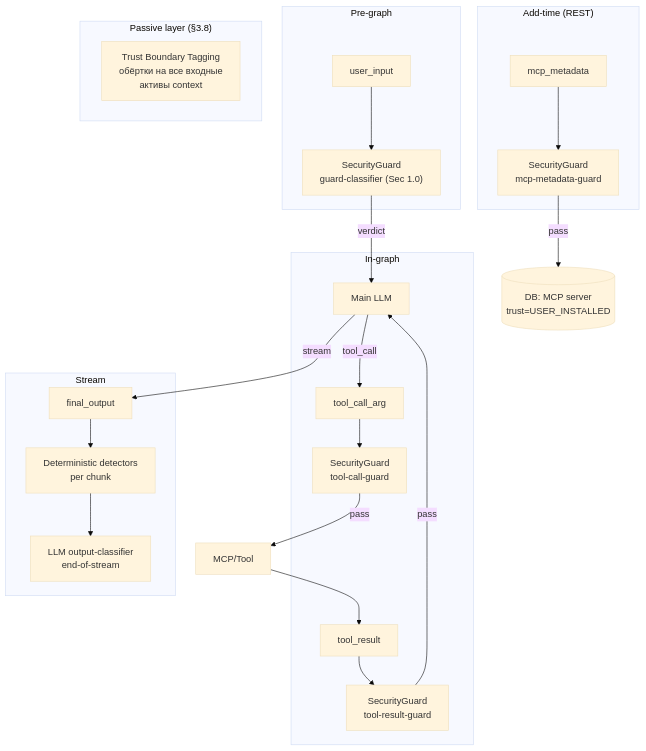
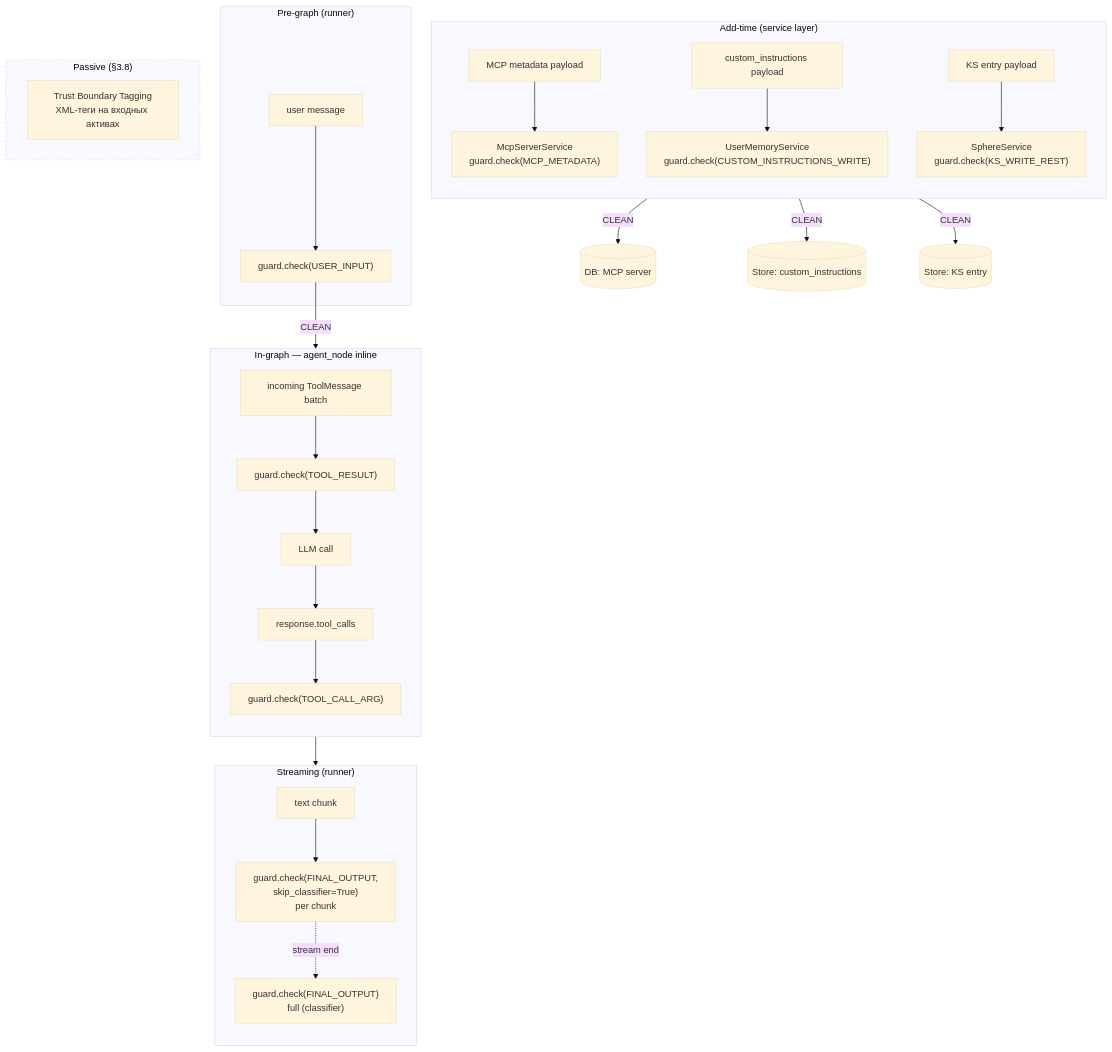
One commit to Bbar0n234/learnflow-ai changed the first of 5 diagrams in doc/tasks/iterations/post-mvp/feat-006-security-2.0/design-brief.md. Above: the diagram before and after it, drawn with Mermaid (base theme). The commit also changed other lines of this file and 2 other files, not shown here.

First line of the commit message:
docs(feat-006): Prompt Texts в design-brief + test-cases Security 2.0

````diff
--- a/doc/tasks/iterations/post-mvp/feat-006-security-2.0/design-brief.md
+++ b/doc/tasks/iterations/post-mvp/feat-006-security-2.0/design-brief.md
@@ -270,33 +300,39 @@
 ```mermaid
 graph TB
-    subgraph ADD["Add-time (REST)"]
-        MCPA[mcp_metadata] --> G0["SecurityGuard<br/>mcp-metadata-guard"]
+    subgraph ADD["Add-time (service layer)"]
+        direction TB
+        MCPA[MCP metadata payload] --> SVC1["McpServerService<br/>guard.check(MCP_METADATA)"]
+        CIA[custom_instructions payload] --> SVC2["UserMemoryService<br/>guard.check(CUSTOM_INSTRUCTIONS_WRITE)"]
+        KSA[KS entry payload] --> SVC3["SphereService<br/>guard.check(KS_WRITE_REST)"]
     end
 
-    subgraph PRE["Pre-graph"]
-        UI[user_input] --> G1["SecurityGuard<br/>guard-classifier (Sec 1.0)"]
+    subgraph PRE["Pre-graph (runner)"]
+        UI[user message] --> G1["guard.check(USER_INPUT)"]
     end
 
-    subgraph IN["In-graph"]
-        LLM["Main LLM"]
-        TC[tool_call_arg] --> G2["SecurityGuard<br/>tool-call-guard"]
-        TR[tool_result] --> G3["SecurityGuard<br/>tool-result-guard"]
+    subgraph IN["In-graph — agent_node inline"]
+        direction TB
+        TRIN[incoming ToolMessage batch] --> G2["guard.check(TOOL_RESULT)"]
+        G2 --> LLM[LLM call]
+        LLM --> TCOUT[response.tool_calls]
+        TCOUT --> G3["guard.check(TOOL_CALL_ARG)"]
     end
 
-    subgraph POST["Stream"]
-        FO[final_output] --> G4["Deterministic detectors<br/>per chunk"]
-        G4 --> G5["LLM output-classifier<br/>end-of-stream"]
+    subgraph STREAM["Streaming (runner)"]
+        direction TB
+        FO[text chunk] --> G4["guard.check(FINAL_OUTPUT,<br/>skip_classifier=True)<br/>per chunk"]
+        G4 -.->|stream end| G5["guard.check(FINAL_OUTPUT)<br/>full (classifier)"]
     end
 
-    subgraph PASSIVE["Passive layer (§3.8)"]
-        TBT["Trust Boundary Tagging<br/>обёртки на все входные<br/>активы context"]
+    subgraph PASSIVE["Passive (§3.8)"]
+        TBT["Trust Boundary Tagging<br/>XML-теги на входных активах"]
     end
 
-    G0 -->|pass| SAVE[("DB: MCP server<br/>trust=USER_INSTALLED")]
-    G1 -->|verdict| LLM
-    LLM -->|tool_call| TC
-    G2 -->|pass| MCP["MCP/Tool"]
-    MCP --> TR
-    G3 -->|pass| LLM
-    LLM -->|stream| FO
+    SVC1 -->|CLEAN| MCPDB[("DB: MCP server")]
+    SVC2 -->|CLEAN| CIDB[("Store: custom_instructions")]
+    SVC3 -->|CLEAN| KSDB[("Store: KS entry")]
+    G1 -->|CLEAN| IN
+    IN --> STREAM
+
+    style PASSIVE stroke-dasharray: 4 4
 ```
````
